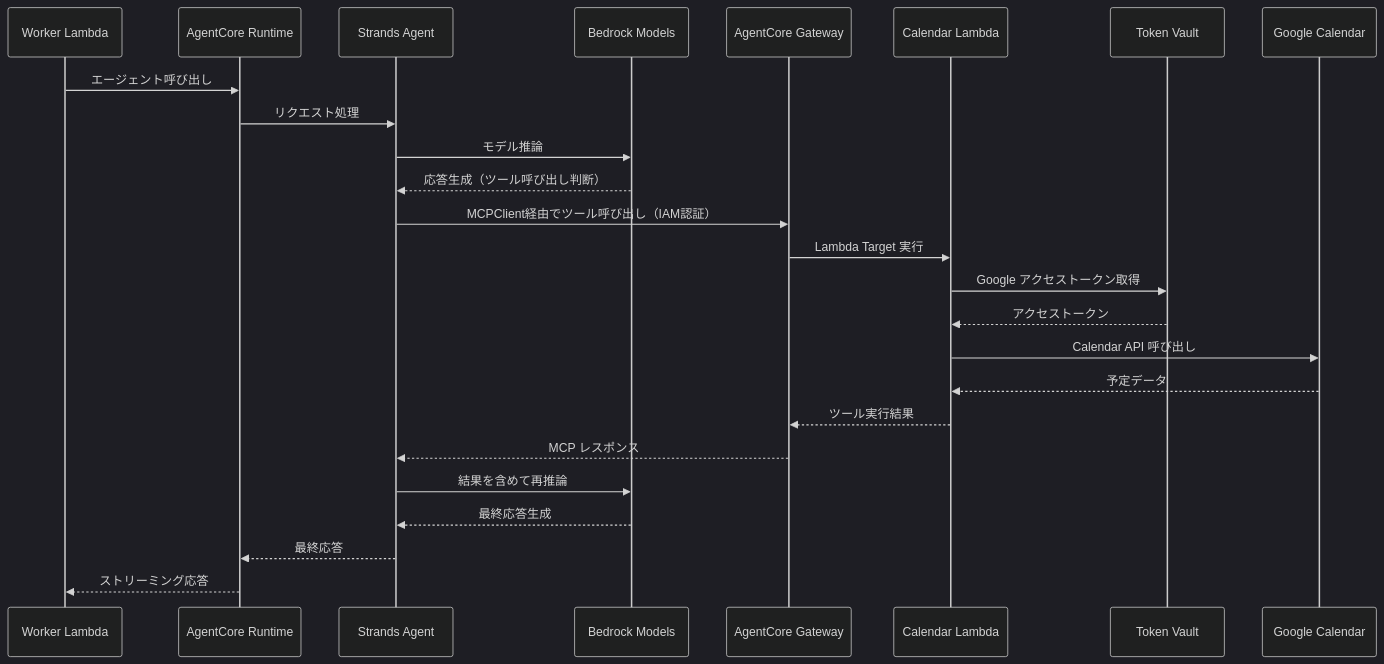
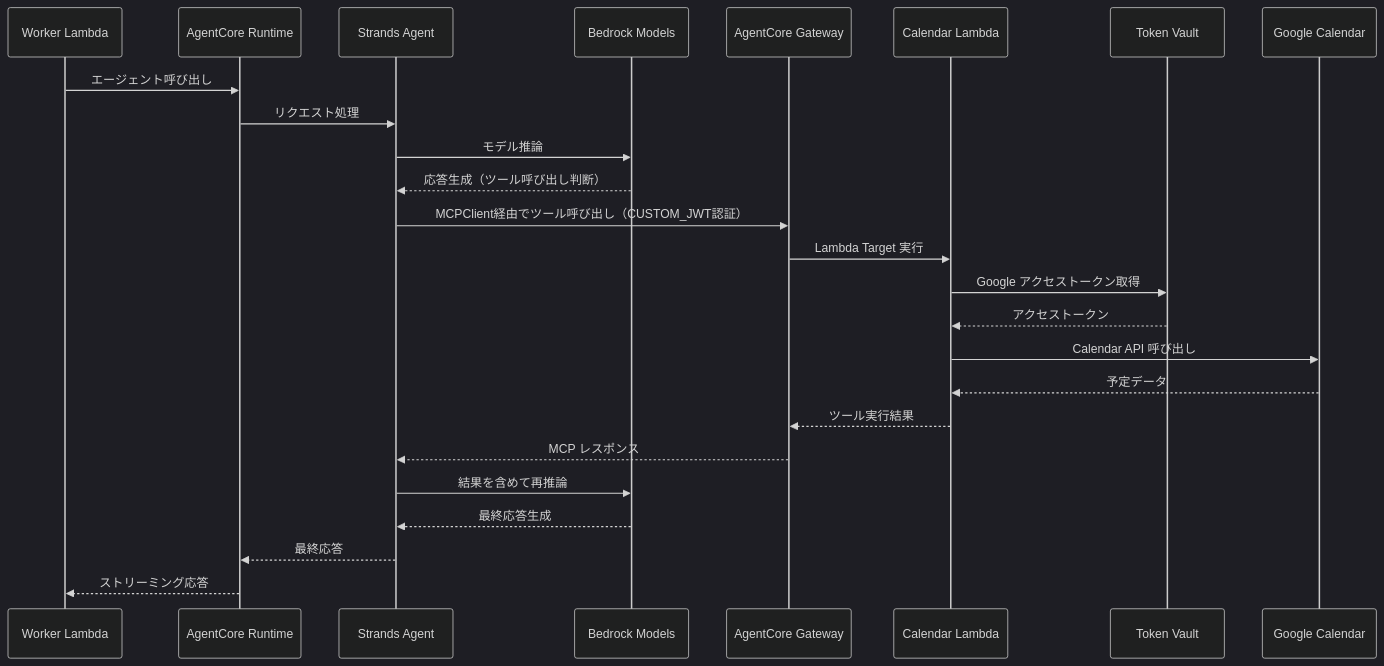
The third of 6 diagrams in docs/functional-design.md (foie0222/mynion), drawn with Mermaid (dark theme) before and after one commit. The commit also changed other lines of this file and 22 other files, not shown here.

````diff
--- a/docs/functional-design.md
+++ b/docs/functional-design.md
@@ -89,28 +96,28 @@
 ```mermaid
 sequenceDiagram
     participant Worker as Worker Lambda
     participant Runtime as AgentCore Runtime
     participant Agent as Strands Agent
     participant Bedrock as Bedrock Models
     participant Gateway as AgentCore Gateway
     participant CalLambda as Calendar Lambda
     participant TokenVault as Token Vault
     participant GCal as Google Calendar
 
     Worker->>Runtime: エージェント呼び出し
     Runtime->>Agent: リクエスト処理
     Agent->>Bedrock: モデル推論
     Bedrock-->>Agent: 応答生成（ツール呼び出し判断）
-    Agent->>Gateway: MCPClient経由でツール呼び出し（IAM認証）
+    Agent->>Gateway: MCPClient経由でツール呼び出し（CUSTOM_JWT認証）
     Gateway->>CalLambda: Lambda Target 実行
     CalLambda->>TokenVault: Google アクセストークン取得
     TokenVault-->>CalLambda: アクセストークン
     CalLambda->>GCal: Calendar API 呼び出し
     GCal-->>CalLambda: 予定データ
     CalLambda-->>Gateway: ツール実行結果
     Gateway-->>Agent: MCP レスポンス
     Agent->>Bedrock: 結果を含めて再推論
     Bedrock-->>Agent: 最終応答生成
     Agent-->>Runtime: 最終応答
     Runtime-->>Worker: ストリーミング応答
 ```
````
